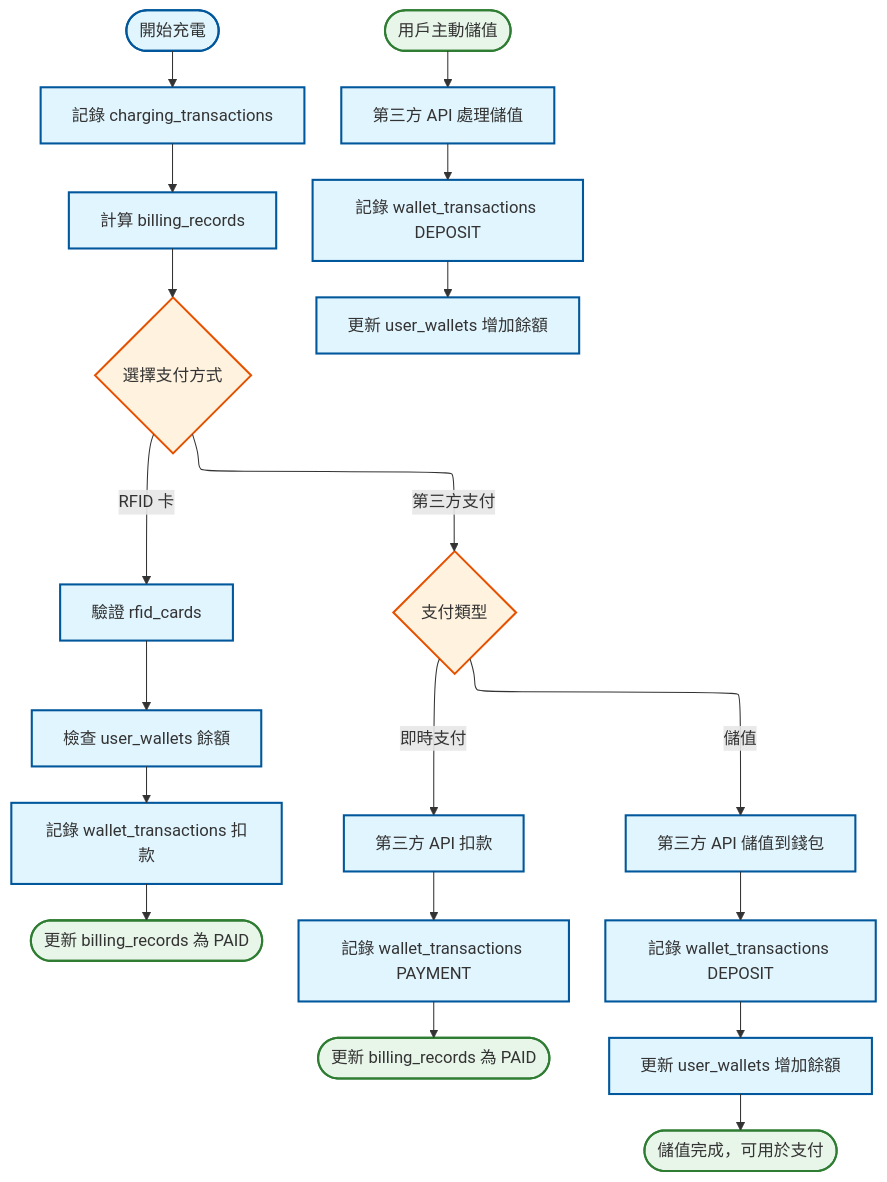
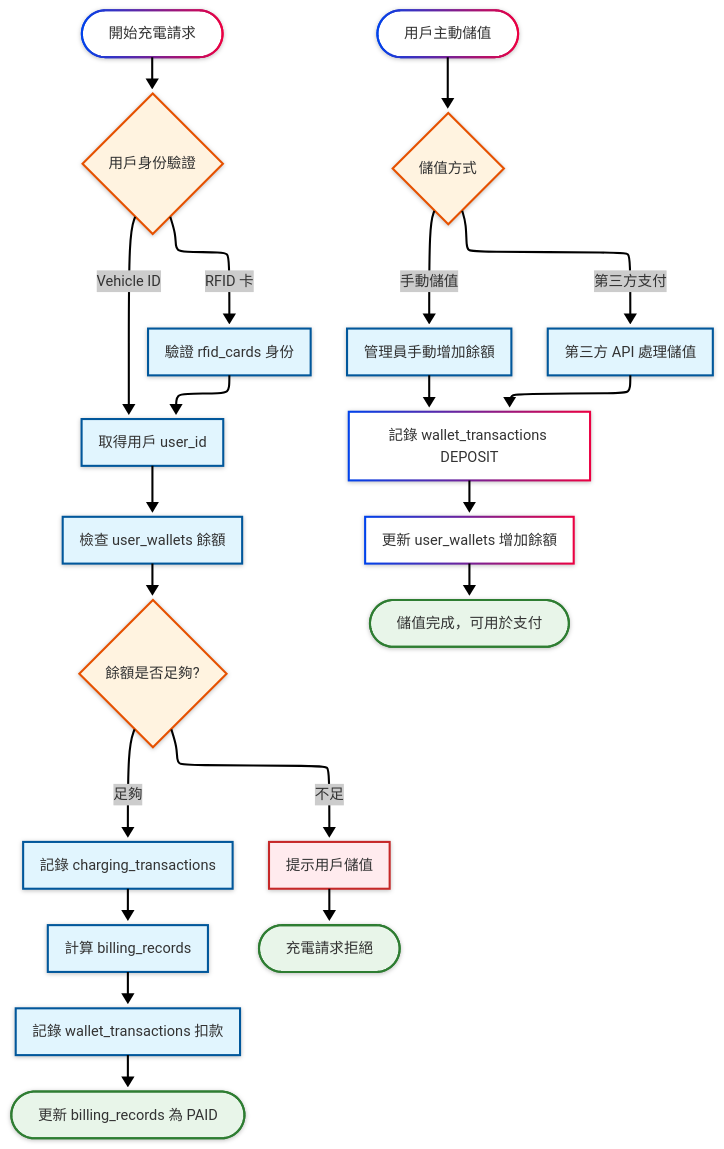
The diagram in charging-flow _ Mermaid Chart-2025-09-19-014925.mmd (evape-tech/csms-db), drawn with Mermaid before and after one commit. The commit also changed 4 other files, not shown here.

Commit message:
[modify] update charging-flow

```diff
--- a/charging-flow _ Mermaid Chart-2025-09-19-014925.mmd
+++ b/charging-flow _ Mermaid Chart-2025-09-19-014925.mmd
@@ -1,48 +1,38 @@
 ---
 config:
   layout: elk
+  look: neo
+  theme: neo
 ---
 flowchart TD
-    %% 開始
-    A(["開始充電"]) --> B[記錄 charging_transactions]
+    A(["開始充電請求"]) --> B{"用戶身份驗證"}
+    B -- RFID 卡 --> C[驗證 rfid_cards 身份]
+    C --> D[取得用戶 user_id]
+    B -- Vehicle ID --> D
+    D --> E[檢查 user_wallets 餘額]
+    E --> F{餘額是否足夠?}
+    F -- 足夠 --> G[記錄 charging_transactions]
+    G --> H[計算 billing_records]
+    H --> I[記錄 wallet_transactions 扣款]
+    I --> J([更新 billing_records 為 PAID])
+    F -- 不足 --> K[提示用戶儲值]
+    K --> L(["充電請求拒絕"])
 
-    %% 計費
-    B --> C[計算 billing_records]
+    M(["用戶主動儲值"]) --> N{儲值方式}
+    N -- 手動儲值 --> O[管理員手動增加餘額]
+    O --> Q[記錄 wallet_transactions DEPOSIT]
+    N -- 第三方支付 --> R[第三方 API 處理儲值]
+    R --> Q
+    Q --> S[更新 user_wallets 增加餘額]
+    S --> T([儲值完成，可用於支付])
 
-    %% 支付方式選擇
-    C --> D{"選擇支付方式"}
-
-    %% RFID 支付流程
-    D -- RFID 卡 --> E[驗證 rfid_cards]
-    E --> F[檢查 user_wallets 餘額]
-    F --> G[記錄 wallet_transactions 扣款]
-    G --> H([更新 billing_records 為 PAID])
-
-    %% 第三方支付流程
-    D -- 第三方支付 --> I{"支付類型"}
-
-    %% 即時支付
-    I -- 即時支付 --> J[第三方 API 扣款]
-    J --> K[記錄 wallet_transactions PAYMENT]
-    K --> L([更新 billing_records 為 PAID])
-
-    %% 儲值支付
-    I -- 儲值 --> M[第三方 API 儲值到錢包]
-    M --> N[記錄 wallet_transactions DEPOSIT]
-    N --> O[更新 user_wallets 增加餘額]
-    O --> P([儲值完成，可用於支付])
-
-    %% 獨立儲值流程
-    Q(["用戶主動儲值"]) --> R[第三方 API 處理儲值]
-    R --> S[記錄 wallet_transactions DEPOSIT]
-    S --> T[更新 user_wallets 增加餘額]
-
-    %% 樣式
     classDef process fill:#e1f5fe,stroke:#01579b,stroke-width:2px
     classDef decision fill:#fff3e0,stroke:#e65100,stroke-width:2px
     classDef database fill:#f3e5f5,stroke:#4a148c,stroke-width:2px
     classDef terminator fill:#e8f5e9,stroke:#2e7d32,stroke-width:2px
+    classDef warning fill:#ffebee,stroke:#c62828,stroke-width:2px
 
-    class A,B,C,E,F,G,J,K,M,N,O,R,S,T process
-    class D,I decision
-    class H,L,P,Q terminator
+    class C,D,E,G,H,I,O,R process
+    class B,F,N decision
+    class J,L,T terminator
+    class K warning
```
